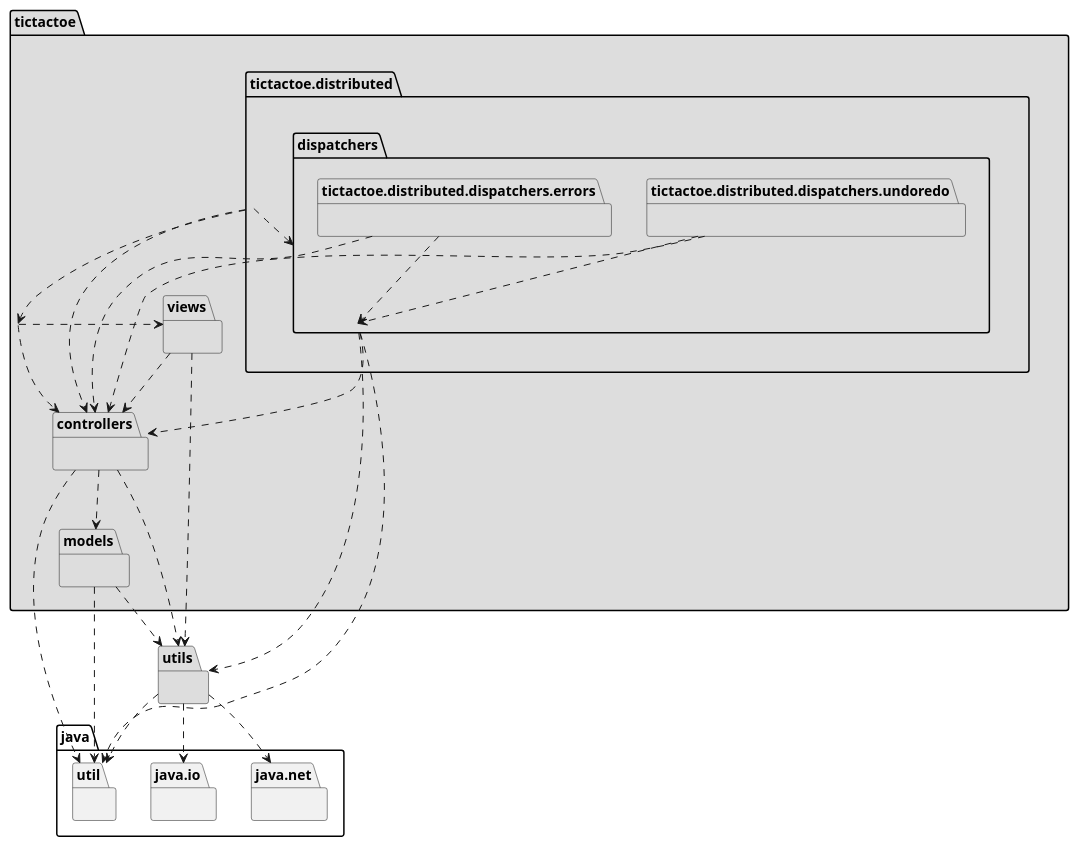
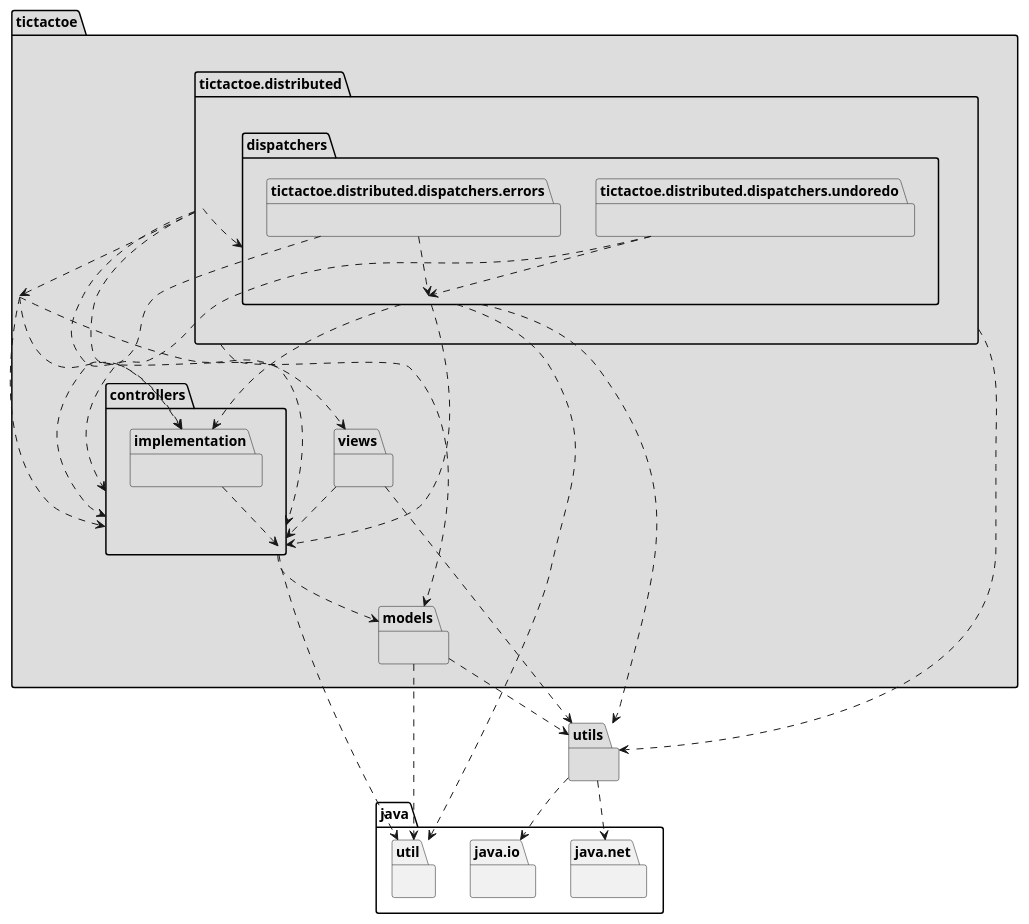
Before and after one commit to x-USantaTecla-game-ticTacToe/java: the first of 6 diagrams in docs/src/docs/asciidoc/index.adoc, drawn with PlantUML. The commit also changed other lines of this file and 67 other files, not shown here.

Commit message:
Update version mvp.pm.withProxy with docs and implementation

```diff
--- a/docs/src/docs/asciidoc/index.adoc
+++ b/docs/src/docs/asciidoc/index.adoc
@@ -34,49 +35,53 @@
-[plantuml,arquitecturaVersion9,svg]
+[plantuml,arquitecturaVersion10,svg]
 ....
 
 package tictactoe #DDDDDD { } 
 tictactoe .down.> tictactoe.views
 tictactoe .down.> tictactoe.controllers
+tictactoe .down.> tictactoe.controllers.implementation
 
 package tictactoe.controllers #DDDDDD { } 
 tictactoe.controllers .down.> tictactoe.models
 tictactoe.controllers .down.> java.util
-tictactoe.controllers .down.> utils
+
+package tictactoe.controllers.implementation #DDDDDD { } 
+tictactoe.controllers.implementation .down.> tictactoe.controllers
 
 package tictactoe.distributed #DDDDDD { } 
+tictactoe.distributed .down.> tictactoe.distributed.dispatchers
+tictactoe.distributed .down.> tictactoe.controllers.implementation
+tictactoe.distributed .down.> tictactoe
+tictactoe.distributed .down.> tictactoe.models
 tictactoe.distributed .down.> tictactoe.controllers
-tictactoe.distributed .down.> tictactoe
-tictactoe.distributed .down.> tictactoe.distributed.dispatchers
+tictactoe.distributed .down.> utils
 
 package tictactoe.distributed.dispatchers #DDDDDD { } 
 tictactoe.distributed.dispatchers .down.> tictactoe.controllers
-package java.util{ }
+tictactoe.distributed.dispatchers .down.> tictactoe.controllers.implementation
+tictactoe.distributed.dispatchers .down.> utils
 tictactoe.distributed.dispatchers .down.> java.util
-tictactoe.distributed.dispatchers .down.> utils
 
 package tictactoe.distributed.dispatchers.errors #DDDDDD { } 
 tictactoe.distributed.dispatchers.errors .down.> tictactoe.distributed.dispatchers
 tictactoe.distributed.dispatchers.errors .down.> tictactoe.controllers
 
 package tictactoe.distributed.dispatchers.undoredo #DDDDDD { } 
 tictactoe.distributed.dispatchers.undoredo .down.> tictactoe.distributed.dispatchers
 tictactoe.distributed.dispatchers.undoredo .down.> tictactoe.controllers
 
 package tictactoe.models #DDDDDD { }
 package java.util{ }
 tictactoe.models .down.> java.util
 tictactoe.models .down.> utils
 
 package utils #DDDDDD { } 
-package java.util{ }
-utils .down.> java.util
+package java.io{ }
+utils .down.> java.io
 package java.net{ }
 utils .down.> java.net
-package java.io{ }
-utils .down.> java.io
 
 package tictactoe.views #DDDDDD { } 
 tictactoe.views .down.> tictactoe.controllers
 tictactoe.views .down.> utils
 
 ....
```
